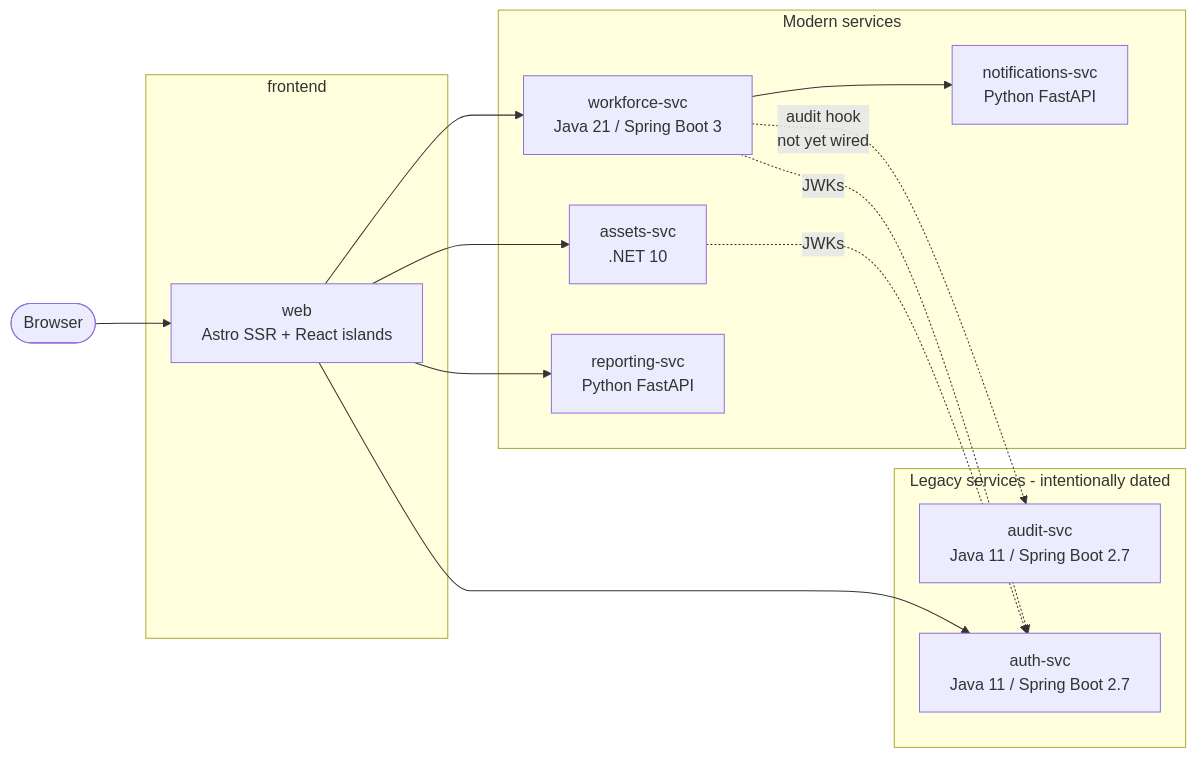
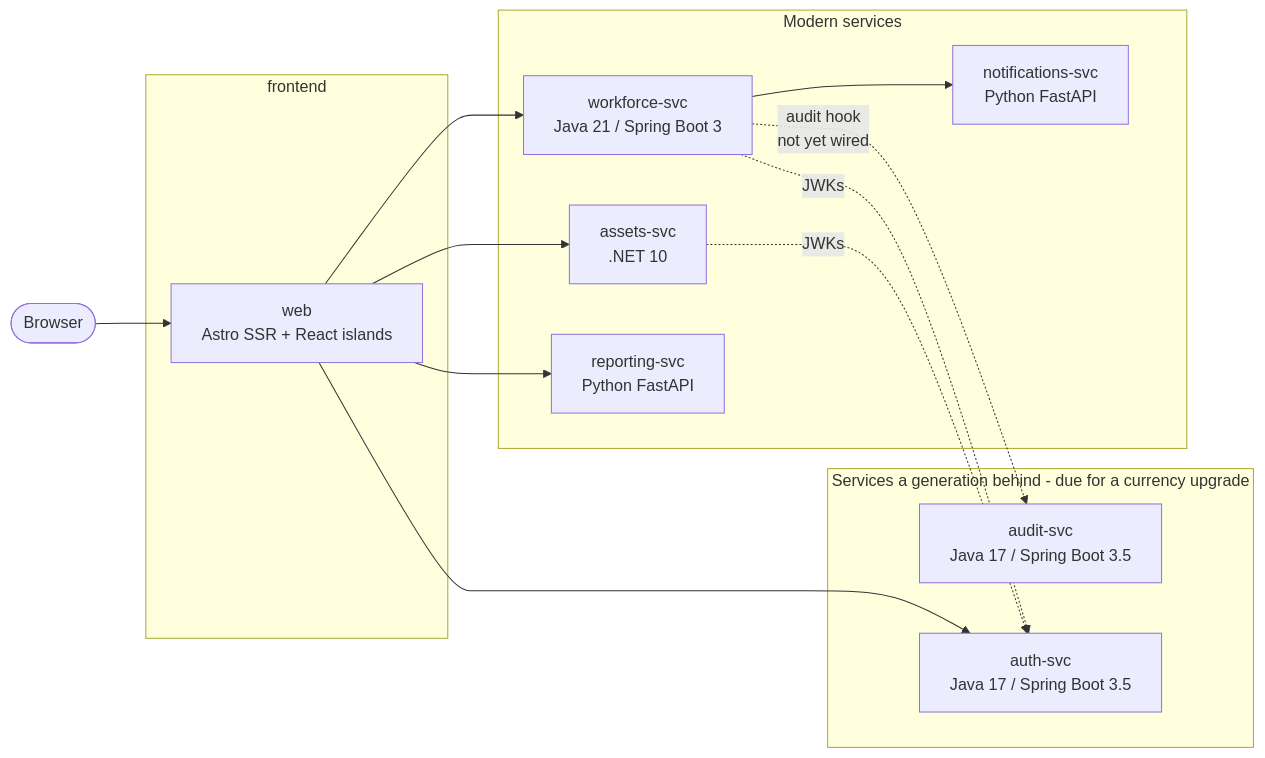
The diagram in README.md (GeekTrainer/legacy-app), drawn with Mermaid before and after one commit. The commit also changed other lines of this file and 13 other files, not shown here.

````diff
--- a/README.md
+++ b/README.md
@@ -7,29 +7,29 @@
 ```mermaid
 flowchart LR
     browser([Browser]) --> web
 
     subgraph frontend
       web[web<br/>Astro SSR + React islands]
     end
 
     subgraph modern[Modern services]
       assets[assets-svc<br/>.NET 10]
       workforce[workforce-svc<br/>Java 21 / Spring Boot 3]
       reporting[reporting-svc<br/>Python FastAPI]
       notifications[notifications-svc<br/>Python FastAPI]
     end
 
-    subgraph legacy[Legacy services - intentionally dated]
-      audit[audit-svc<br/>Java 11 / Spring Boot 2.7]
-      auth[auth-svc<br/>Java 11 / Spring Boot 2.7]
+    subgraph behind[Services a generation behind - due for a currency upgrade]
+      audit[audit-svc<br/>Java 17 / Spring Boot 3.5]
+      auth[auth-svc<br/>Java 17 / Spring Boot 3.5]
     end
 
     web --> assets
     web --> workforce
     web --> reporting
     web --> auth
     workforce -.audit hook<br/>not yet wired.-> audit
     workforce --> notifications
     assets -.JWKs.-> auth
     workforce -.JWKs.-> auth
 ```
````
